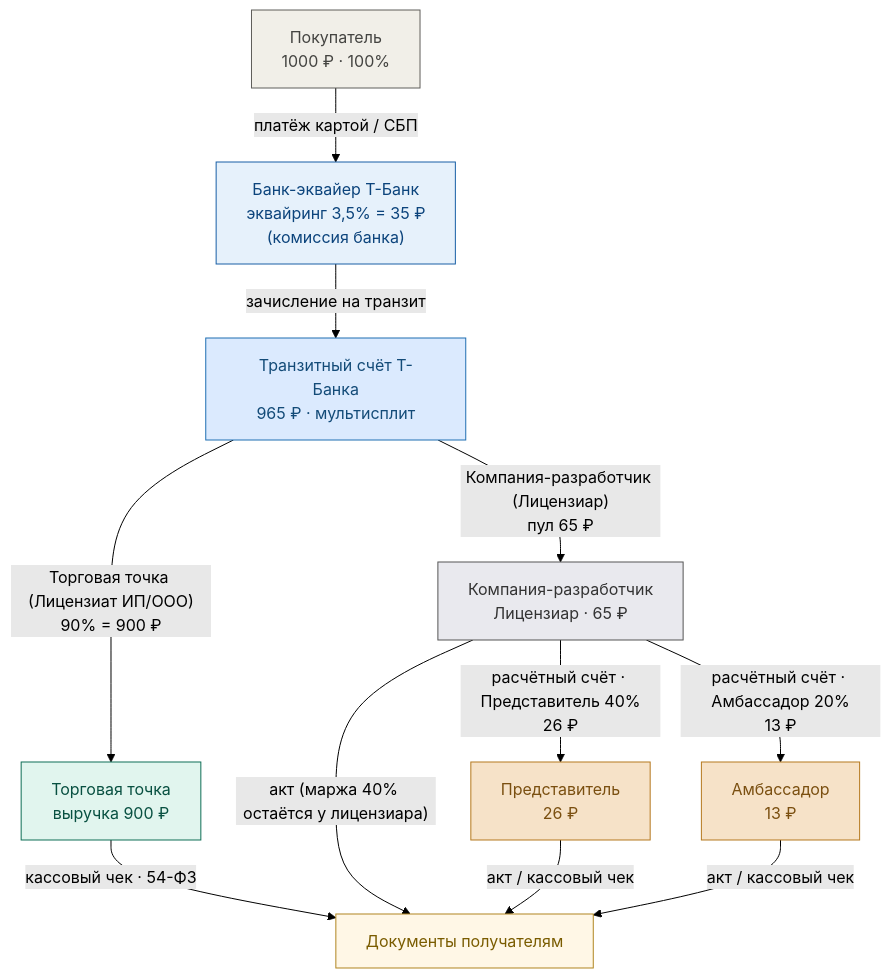
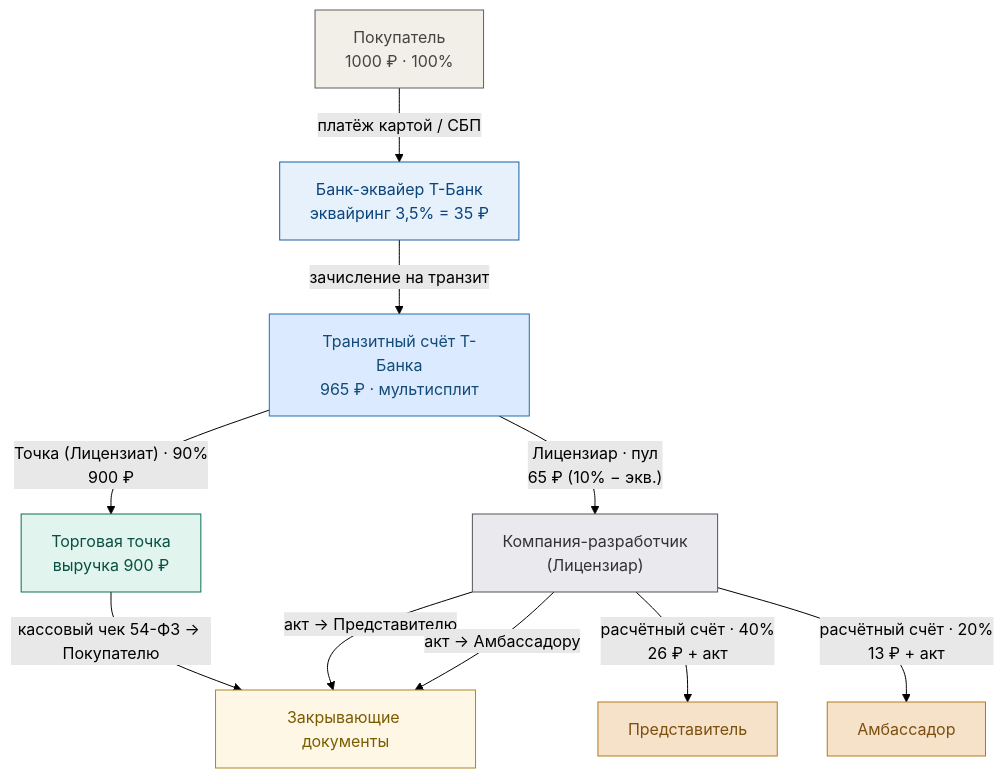
The first of 4 diagrams in docs/money_flow_dev_operator_settlement.md (axiiom-ru/lovii), drawn with Mermaid (forest theme) before and after one commit. The commit also changed other lines of this file and 1 other file, not shown here.

````diff
--- a/docs/money_flow_dev_operator_settlement.md
+++ b/docs/money_flow_dev_operator_settlement.md
@@ -12,29 +12,21 @@
 ```mermaid
 flowchart TD
-    P["Покупатель<br/>1000 ₽ · 100%"] -->|"платёж картой / СБП"| B["Банк-эквайер Т-Банк<br/>эквайринг 3,5% = 35 ₽<br/>(комиссия банка)"]
+    P["Покупатель<br/>1000 ₽ · 100%"] -->|"платёж картой / СБП"| B["Банк-эквайер Т-Банк<br/>эквайринг 3,5% = 35 ₽"]
     B -->|"зачисление на транзит"| T["Транзитный счёт Т-Банка<br/>965 ₽ · мультисплит"]
-    T -->|"Торговая точка (Лицензиат ИП/ООО)<br/>90% = 900 ₽"| S["Торговая точка<br/>выручка 900 ₽"]
-    T -->|"Компания-разработчик (Лицензиар)<br/>пул 65 ₽"| C["Компания-разработчик<br/>Лицензиар · 65 ₽"]
-    C -->|"расчётный счёт · Представитель 40%<br/>26 ₽"| R["Представитель<br/>26 ₽"]
-    C -->|"расчётный счёт · Амбассадор 20%<br/>13 ₽"| A["Амбассадор<br/>13 ₽"]
-    S -->|"кассовый чек · 54-ФЗ"| DOC["Документы получателям"]
-    C -->|"акт (маржа 40% остаётся у лицензиара)"| DOC
-    R -->|"акт / кассовый чек"| DOC
-    A -->|"акт / кассовый чек"| DOC
+    T -->|"Точка (Лицензиат) · 90%<br/>900 ₽"| S["Торговая точка<br/>выручка 900 ₽"]
+    T -->|"Лицензиар · пул<br/>65 ₽ (10% − экв.)"| C["Компания-разработчик<br/>(Лицензиар)"]
+    C -->|"расчётный счёт · 40%<br/>26 ₽ + акт"| R["Представитель"]
+    C -->|"расчётный счёт · 20%<br/>13 ₽ + акт"| A["Амбассадор"]
+    S -->|"кассовый чек 54-ФЗ → Покупателю"| D["Закрывающие документы"]
+    C -->|"акт → Представителю"| D
+    C -->|"акт → Амбассадору"| D
 
     classDef buyer fill:#f1efe8,stroke:#5f5e5a,color:#444441;
     classDef bank fill:#e6f1fb,stroke:#185fa5,color:#0c447c;
     classDef transit fill:#dbeafe,stroke:#1f6fb2,color:#134b78;
     classDef shop fill:#e1f5ee,stroke:#0f6e56,color:#085041;
     classDef dev fill:#e9e9ee,stroke:#555,color:#333;
     classDef rep fill:#f6e2c8,stroke:#b5791f,color:#7a4f10;
     classDef doc fill:#fff7e6,stroke:#b08520,color:#7a5c00;
-    class P buyer;
-    class B bank;
-    class T transit;
-    class S shop;
-    class C dev;
-    class R rep;
-    class A rep;
-    class DOC doc;
+    class P buyer; class B bank; class T transit; class S shop; class C dev; class R rep; class A rep; class D doc;
 ```
````
